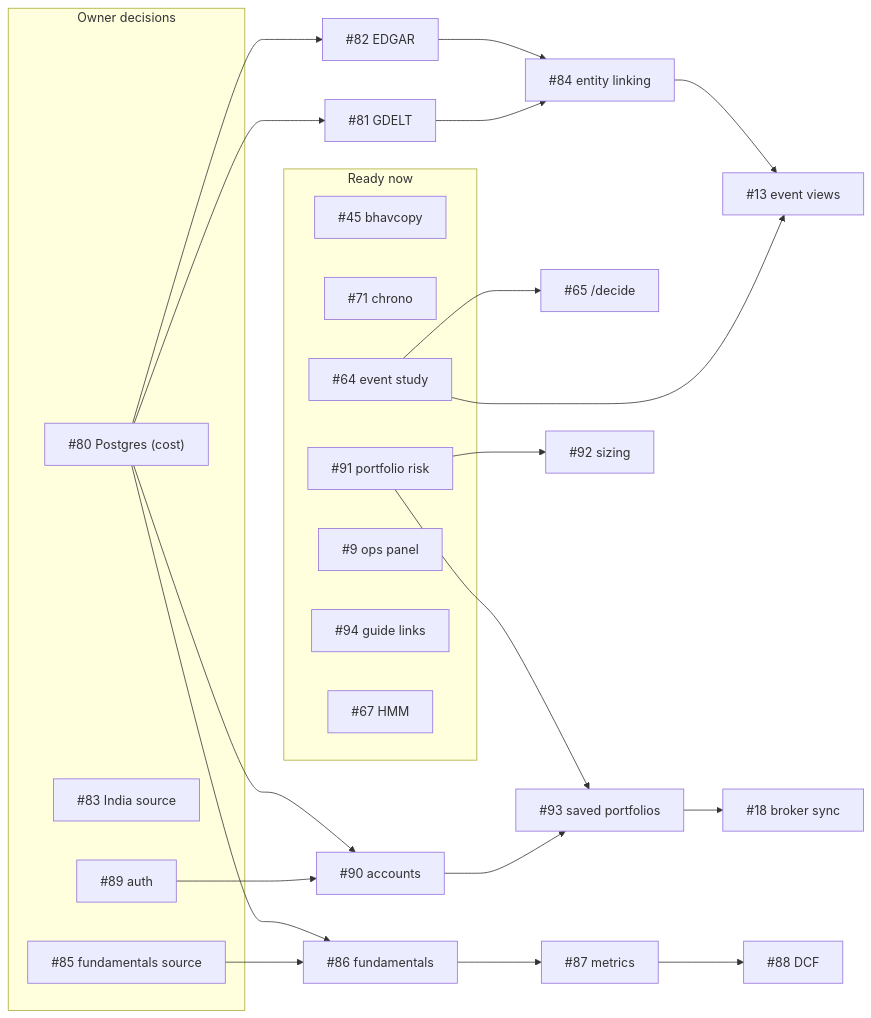
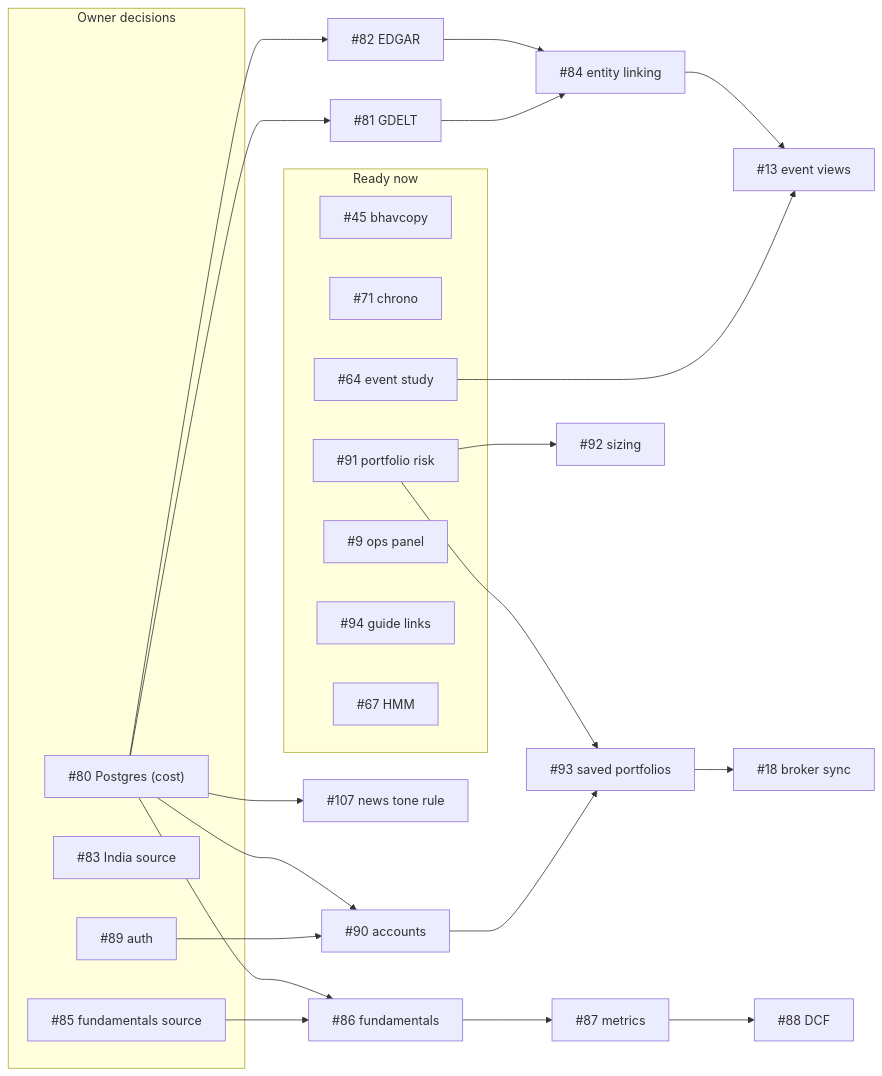
One commit to Chandrashekhar-Hegde/market-intelligence-core changed the diagram in docs/ROADMAP.md. Above: the diagram before and after it, drawn with Mermaid. The commit also changed other lines of this file and 2 other files, not shown here.

First line of the commit message:
Mark Phase 0.6 done in the roadmap and queue its follow-ups

````diff
--- a/docs/ROADMAP.md
+++ b/docs/ROADMAP.md
@@ -76,18 +75,17 @@
 ```mermaid
 flowchart LR
     subgraph now["Ready now"]
         I45["#45 bhavcopy"]; I71["#71 chrono"]; I64["#64 event study"]; I91["#91 portfolio risk"]
         I9["#9 ops panel"]; I94["#94 guide links"]; I67["#67 HMM"]
     end
     subgraph owner["Owner decisions"]
         I80["#80 Postgres (cost)"]; I83["#83 India source"]; I85["#85 fundamentals source"]; I89["#89 auth"]
     end
-    I80 --> I81["#81 GDELT"] & I82["#82 EDGAR"]
+    I80 --> I81["#81 GDELT"] & I82["#82 EDGAR"] & I107["#107 news tone rule"]
     I81 & I82 --> I84["#84 entity linking"]
     I64 & I84 --> I13["#13 event views"]
-    I64 --> I65["#65 /decide"]
     I85 & I80 --> I86["#86 fundamentals"] --> I87["#87 metrics"] --> I88["#88 DCF"]
     I89 & I80 --> I90["#90 accounts"]
     I91 --> I92["#92 sizing"]
     I90 & I91 --> I93["#93 saved portfolios"] --> I18["#18 broker sync"]
 ```
````
